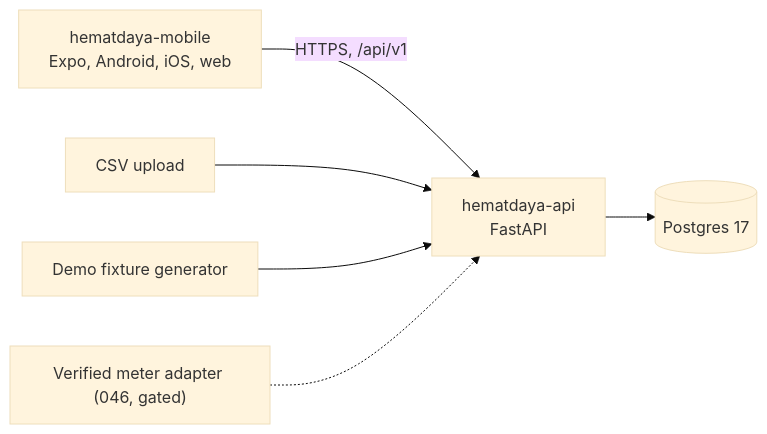
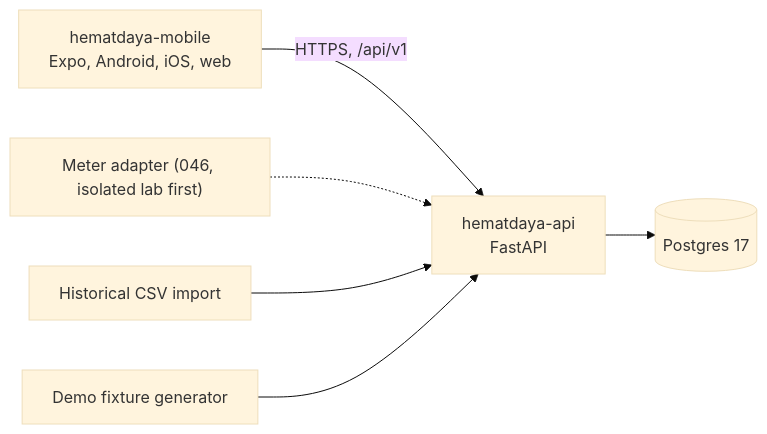
Before and after one commit to Sidiq-Tri-Pratikto/pertanian: the diagram in applications/generic/hematdaya/docs/roadmap/architecture.md, drawn with Mermaid (base theme). The commit also changed other lines of this file and 85 other files, not shown here.

Commit message:
feat(hematdaya): add meter-first setup and gated Shelly pilot

````diff
--- a/applications/generic/hematdaya/docs/roadmap/architecture.md
+++ b/applications/generic/hematdaya/docs/roadmap/architecture.md
@@ -9,8 +9,8 @@
 ```mermaid
 flowchart LR
     Mobile["hematdaya-mobile<br/>Expo, Android, iOS, web"] -->|"HTTPS, /api/v1"| API["hematdaya-api<br/>FastAPI"]
     API --> PG[("Postgres 17")]
-    CSV["CSV upload"] --> API
+    Live["Meter adapter (046, isolated lab first)"] -.-> API
+    CSV["Historical CSV import"] --> API
     Fixture["Demo fixture generator"] --> API
-    Live["Verified meter adapter (046, gated)"] -.-> API
 ```
````
